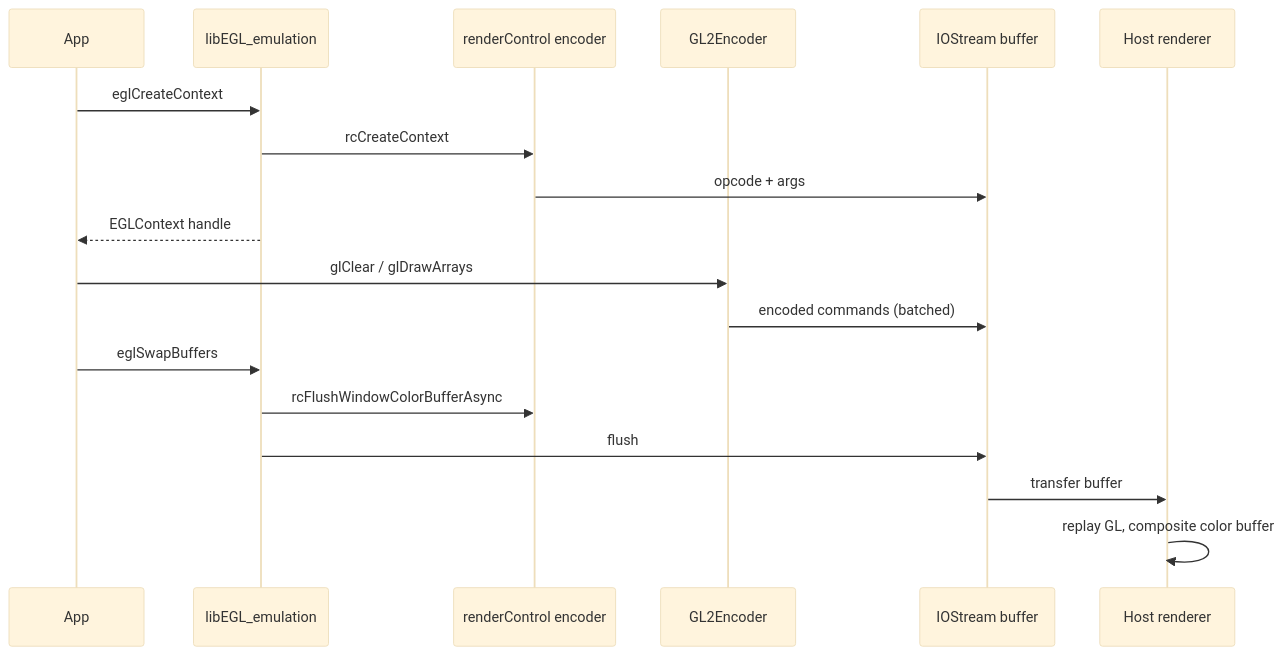
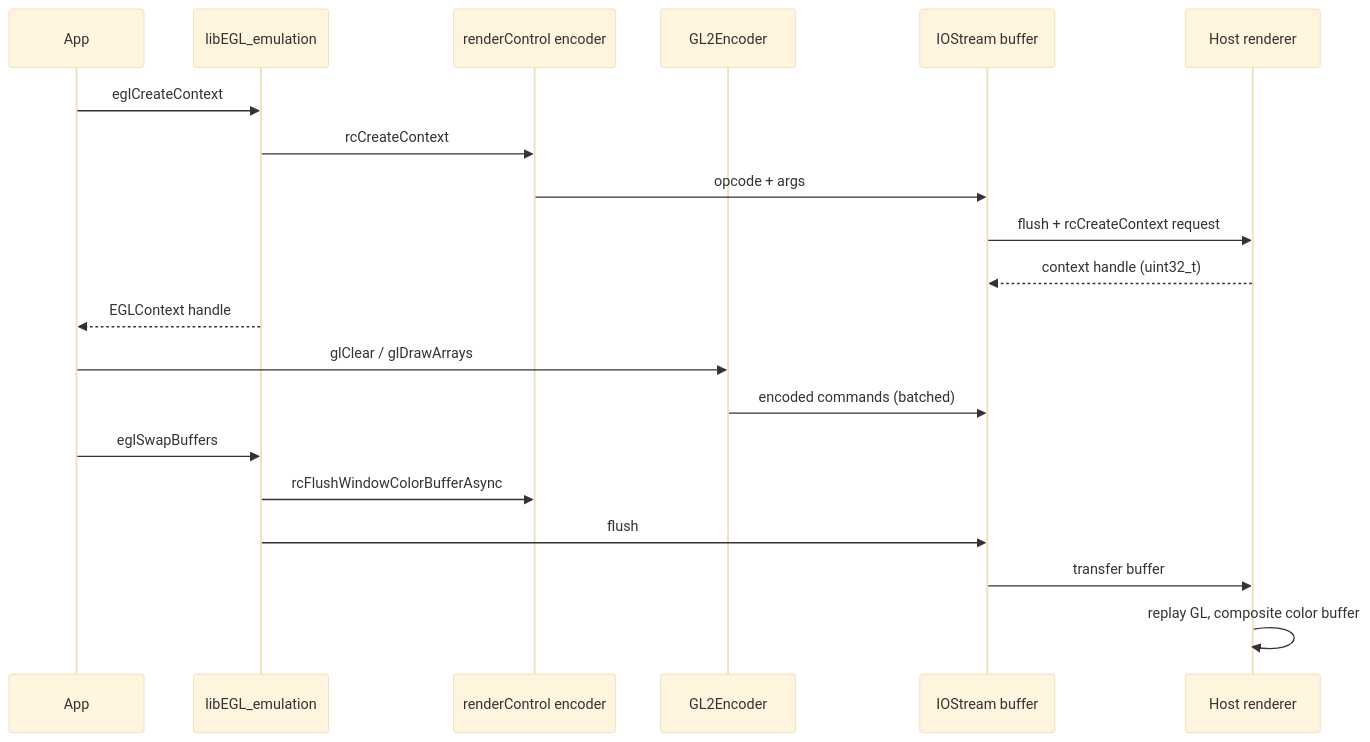
Before and after one commit to aospbooks/android-emulator-internal-book: the third of 7 diagrams in 12-guest-gpu-drivers.md, drawn with Mermaid (base theme). The commit also changed other lines of this file and 31 other files, not shown here.

````diff
--- a/12-guest-gpu-drivers.md
+++ b/12-guest-gpu-drivers.md
@@ -258,21 +258,23 @@
 ```mermaid
 sequenceDiagram
   participant App
   participant EGL as libEGL_emulation
   participant RC as renderControl encoder
   participant GL as GL2Encoder
   participant Stream as IOStream buffer
   participant Host as Host renderer
 
   App->>EGL: eglCreateContext
   EGL->>RC: rcCreateContext
   RC->>Stream: opcode + args
+  Stream->>Host: flush + rcCreateContext request
+  Host-->>Stream: context handle (uint32_t)
   EGL-->>App: EGLContext handle
   App->>GL: glClear / glDrawArrays
   GL->>Stream: encoded commands (batched)
   App->>EGL: eglSwapBuffers
   EGL->>RC: rcFlushWindowColorBufferAsync
   EGL->>Stream: flush
   Stream->>Host: transfer buffer
   Host->>Host: replay GL, composite color buffer
 ```
````
